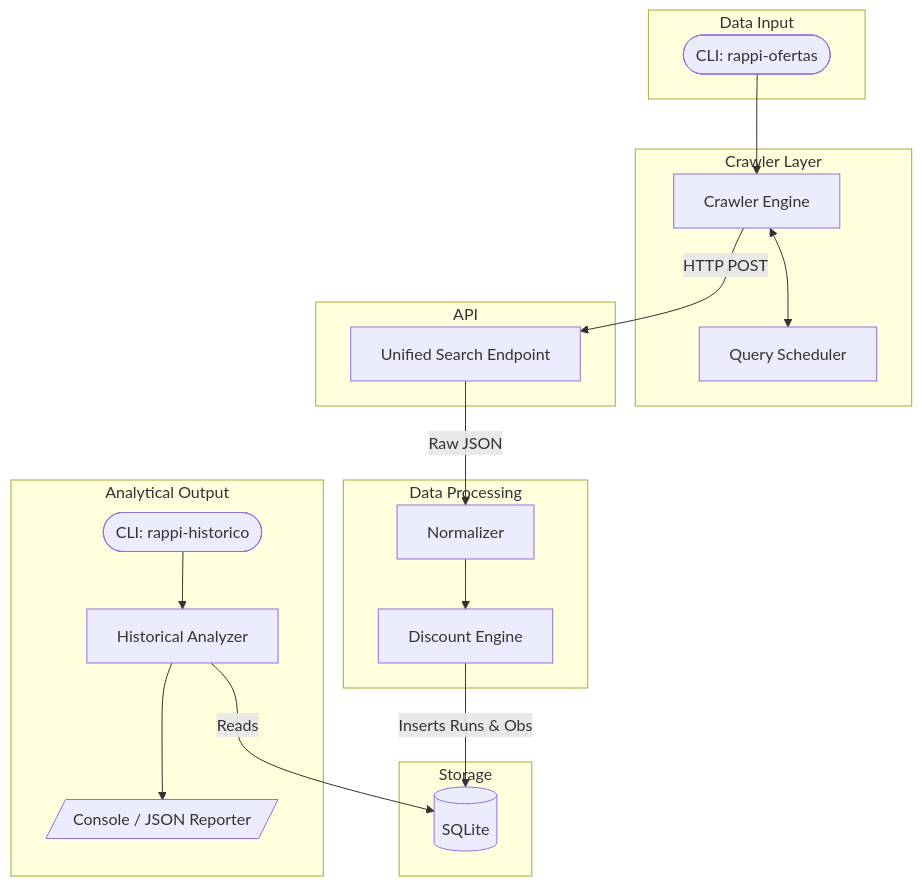
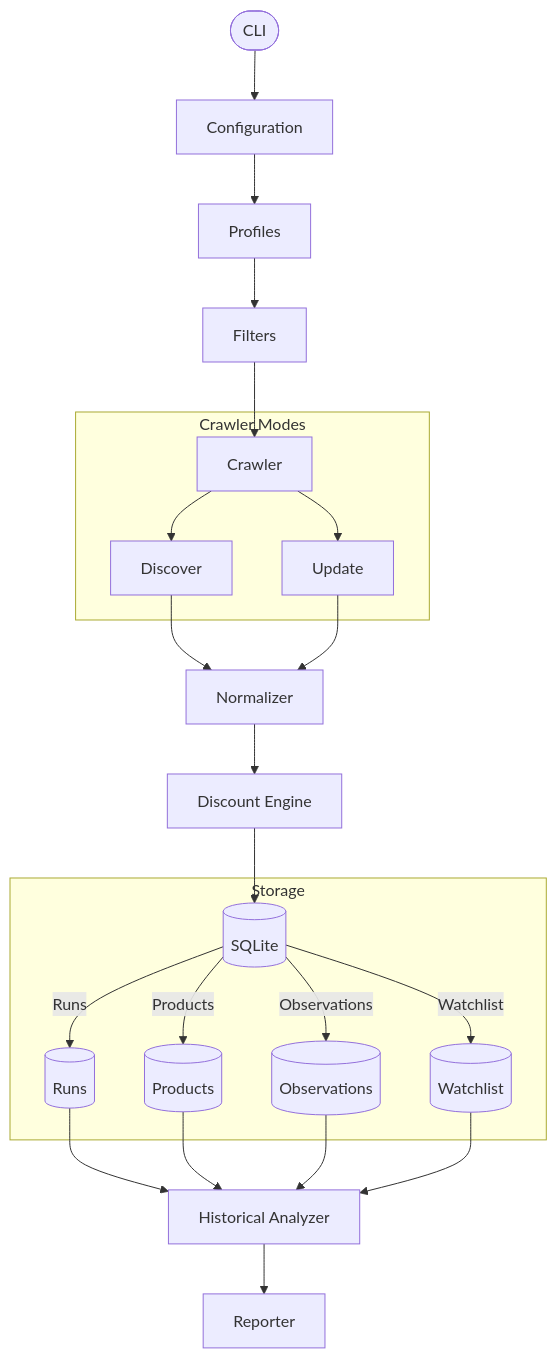
Before and after one commit to yorologo/DealHunter: the diagram in docs/diagrams/architecture.md, drawn with Mermaid.

Commit message:
docs: update mermaid architecture diagram for v2.1

````diff
--- a/docs/diagrams/architecture.md
+++ b/docs/diagrams/architecture.md
@@ -3,41 +3,33 @@
 ```mermaid
 flowchart TD
-    subgraph Data Input
-        CLI([CLI: rappi-ofertas])
+    CLI([CLI]) --> CFG[Configuration]
+    CFG --> PRF[Profiles]
+    PRF --> FLT[Filters]
+    FLT --> CR[Crawler]
+
+    subgraph Crawler Modes
+        CR --> D[Discover]
+        CR --> U[Update]
     end
-
-    subgraph Crawler Layer
-        CR[Crawler Engine]
-        QS[Query Scheduler]
-        CR <--> QS
+    
+    D --> NM[Normalizer]
+    U --> NM
+    
+    NM --> DE[Discount Engine]
+    
+    DE --> DB[(SQLite)]
+    
+    subgraph Storage
+        DB -->|Runs| TB1[(Runs)]
+        DB -->|Products| TB2[(Products)]
+        DB -->|Observations| TB3[(Observations)]
+        DB -->|Watchlist| TB4[(Watchlist)]
     end
-
-    subgraph API
-        US[Unified Search Endpoint]
-    end
-
-    subgraph Data Processing
-        NM[Normalizer]
-        DE[Discount Engine]
-    end
-
-    subgraph Storage
-        DB[(SQLite)]
-    end
-
-    subgraph Analytical Output
-        CLI2([CLI: rappi-historico])
-        HA[Historical Analyzer]
-        OUT[/Console / JSON Reporter/]
-    end
-
-    CLI --> CR
-    CR -->|HTTP POST| US
-    US -->|Raw JSON| NM
-    NM --> DE
-    DE -->|Inserts Runs & Obs| DB
-
-    CLI2 --> HA
-    HA -->|Reads| DB
-    HA --> OUT
+    
+    TB1 --> HA[Historical Analyzer]
+    TB2 --> HA
+    TB3 --> HA
+    TB4 --> HA
+    
+    HA --> REP[Reporter]
 ```
````
